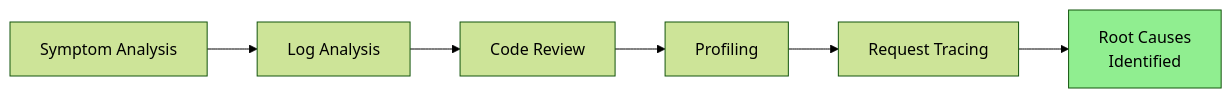
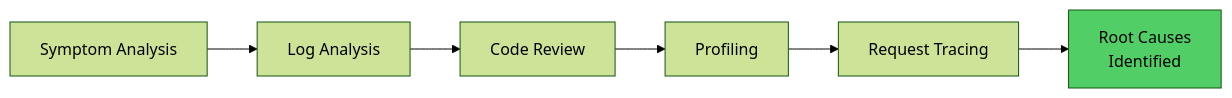
Before and after one commit to manumishra-zm/execution_plan: the second of 21 diagrams in latency_fix_plan/latency.md, drawn with Mermaid (forest theme). The commit also changed other lines of this file, not shown here.

````diff
--- a/latency_fix_plan/latency.md
+++ b/latency_fix_plan/latency.md
@@ -145,10 +145,10 @@
 ```mermaid
 graph LR
     A[Symptom Analysis] --> B[Log Analysis]
     B --> C[Code Review]
     C --> D[Profiling]
     D --> E[Request Tracing]
     E --> F[Root Causes<br/>Identified]
 
-    style F fill:#90EE90
+    style F fill:#51cf66
 ```
````
